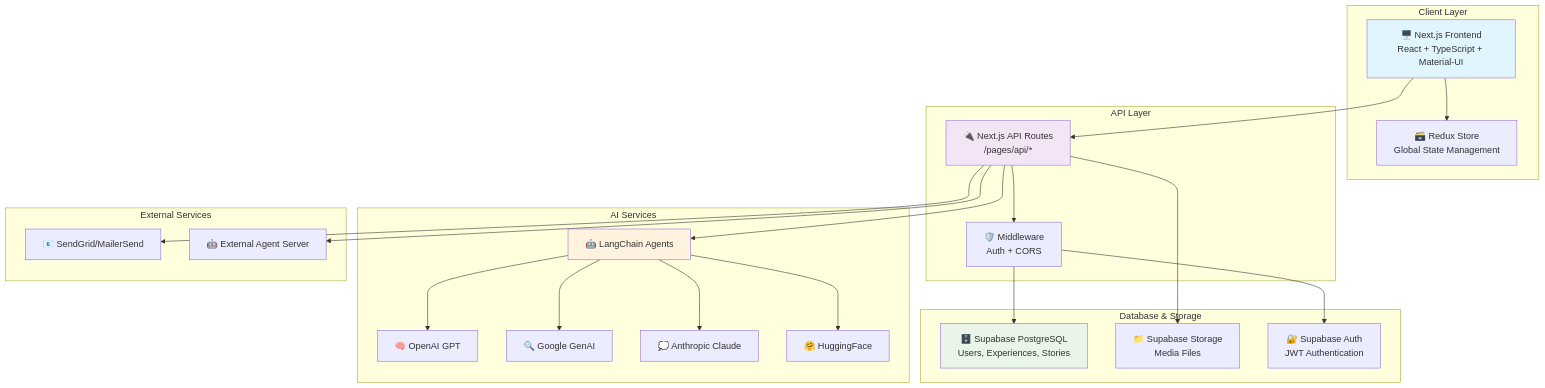
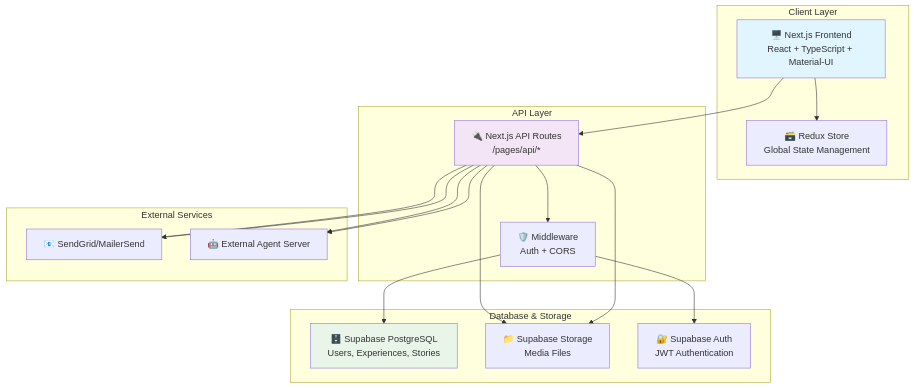
The first of 5 diagrams in README.md (te-khang-nguyen/fork_Travel_buddy), drawn with Mermaid before and after one commit. The commit also changed other lines of this file and 1 other file, not shown here.

````diff
--- a/README.md
+++ b/README.md
@@ -72,50 +72,39 @@
 ```mermaid
 graph TB
     subgraph "Client Layer"
         UI["🖥️ Next.js Frontend<br/>React + TypeScript + Material-UI"]
         State["🗃️ Redux Store<br/>Global State Management"]
     end
     
     subgraph "API Layer"
         API["🔌 Next.js API Routes<br/>/pages/api/*"]
         MW["🛡️ Middleware<br/>Auth + CORS"]
-    end
-    
-    subgraph "AI Services"
-        LangChain["🤖 LangChain Agents"]
-        OpenAI["🧠 OpenAI GPT"]
-        Google["🔍 Google GenAI"]
-        Anthropic["💭 Anthropic Claude"]
-        HF["🤗 HuggingFace"]
     end
     
     subgraph "Database & Storage"
         Supabase["🗄️ Supabase PostgreSQL<br/>Users, Experiences, Stories"]
         Storage["📁 Supabase Storage<br/>Media Files"]
         Auth["🔐 Supabase Auth<br/>JWT Authentication"]
     end
     
     subgraph "External Services"
         Email["📧 SendGrid/MailerSend"]
         AgentServer["🤖 External Agent Server"]
     end
     
     UI --> State
     UI --> API
     API --> MW
     MW --> Supabase
     MW --> Auth
-    API --> LangChain
-    LangChain --> OpenAI
-    LangChain --> Google
-    LangChain --> Anthropic
-    LangChain --> HF
+    API --> Storage
+    API --> Email
+    API --> AgentServer
     API --> Storage
     API --> Email
     API --> AgentServer
     
     style UI fill:#e1f5fe
     style API fill:#f3e5f5
     style Supabase fill:#e8f5e8
-    style LangChain fill:#fff3e0
 ```
````
